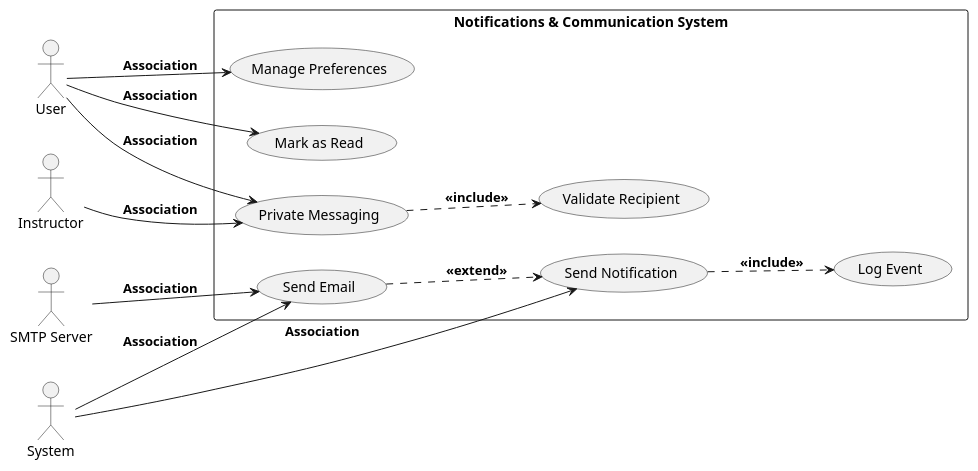
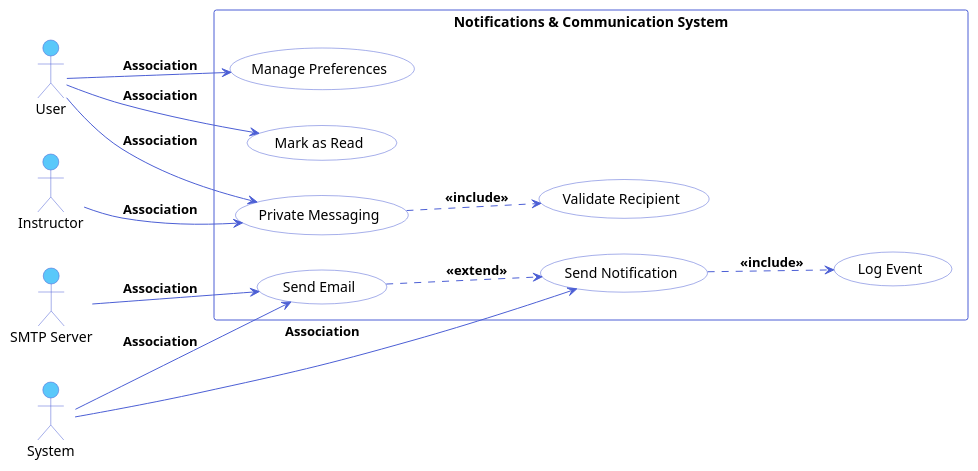
One commit to AhmedAnwar-Gazy/darisLMS changed the diagram in desiagn/ahmed/usecasesDiagram/Notifications & Communication.puml. Above: the diagram before and after it, drawn with PlantUML. The commit also changed 159 other files, not shown here.

```diff
--- a/desiagn/ahmed/usecasesDiagram/Notifications & Communication.puml
+++ b/desiagn/ahmed/usecasesDiagram/Notifications & Communication.puml
@@ -1,33 +1,48 @@
 @startuml NotificationsCommunication
 left to right direction
+
+' Color Customization
+skinparam {
+    BackgroundColor white
+    ArrowColor #4C5FD5
+    ActorBorderColor #4C5FD5
+    ActorBackgroundColor #5AC8FA
+    UseCaseBorderColor #4C5FD5
+    UseCaseBackgroundColor white
+    RectangleBorderColor #4C5FD5
+    RectangleBackgroundColor white
+    NoteBackgroundColor #FBBF24
+    NoteBorderColor #FBBF24
+}
+
 
 actor "User" as user
 actor "Instructor" as instructor
 actor "System" as system
 actor "SMTP Server" as smtp
 
 rectangle "Notifications & Communication System" {
   usecase "Send Notification" as UC0701
   usecase "Log Event" as log_event
   usecase "Send Email" as UC0702
   usecase "Private Messaging" as UC0703
   usecase "Validate Recipient" as validate_recipient
   usecase "Manage Preferences" as UC0704
   usecase "Mark as Read" as UC0705
 }
 
 ' Actor Associations
 system --> UC0701 : **Association**
 system --> UC0702 : **Association**
 user --> UC0703 : **Association**
 user --> UC0704 : **Association**
 user --> UC0705 : **Association**
 instructor --> UC0703 : **Association**
 smtp --> UC0702 : **Association**
 
 ' Use Case Relationships
 UC0701 ..> log_event : **<<include>>**
 UC0702 ..> UC0701 : **<<extend>>**
 UC0703 ..> validate_recipient : **<<include>>**
 
 @enduml
```
